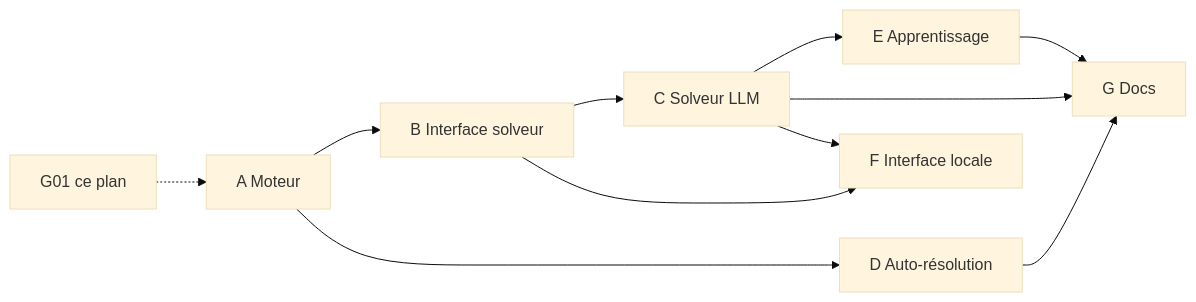
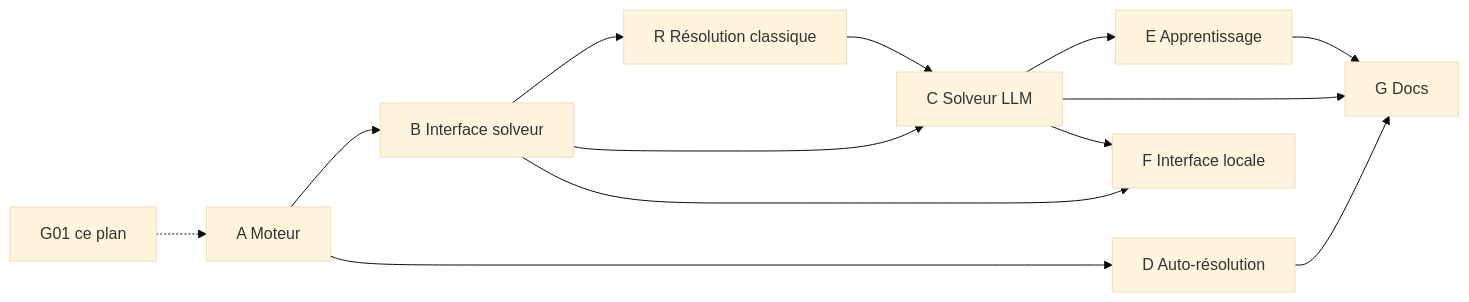
One commit to max-boop345/conquering_ai_enpc changed the diagram in docs/PLAN.md. Above: the diagram before and after it, drawn with Mermaid (base theme). The commit also changed other lines of this file, not shown here.

Commit message:
docs: ajout de la phase R — résolution classique (contraintes, règles, CSP, probabilités)

````diff
--- a/docs/PLAN.md
+++ b/docs/PLAN.md
@@ -304,13 +373,15 @@
 ```mermaid
 graph LR
   A[A Moteur] --> B[B Interface solveur]
+  B --> R[R Résolution classique]
   B --> C[C Solveur LLM]
+  R --> C
   A --> D[D Auto-résolution]
   C --> E[E Apprentissage]
   B --> F[F Interface locale]
   C --> F
   D --> G[G Docs]
   C --> G
   E --> G
   G01[G01 ce plan] -.-> A
 ```
````
